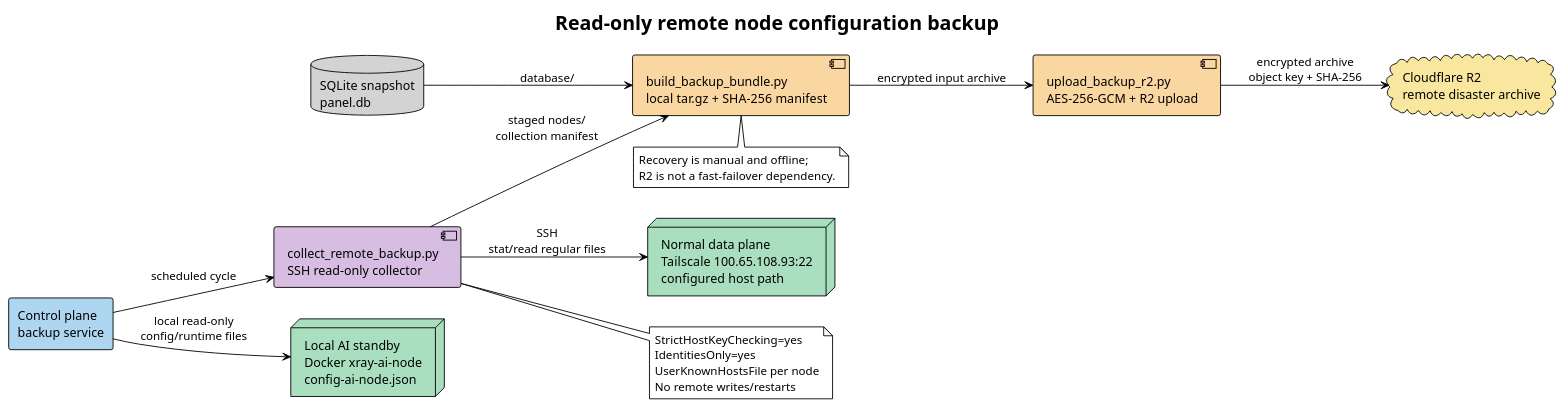
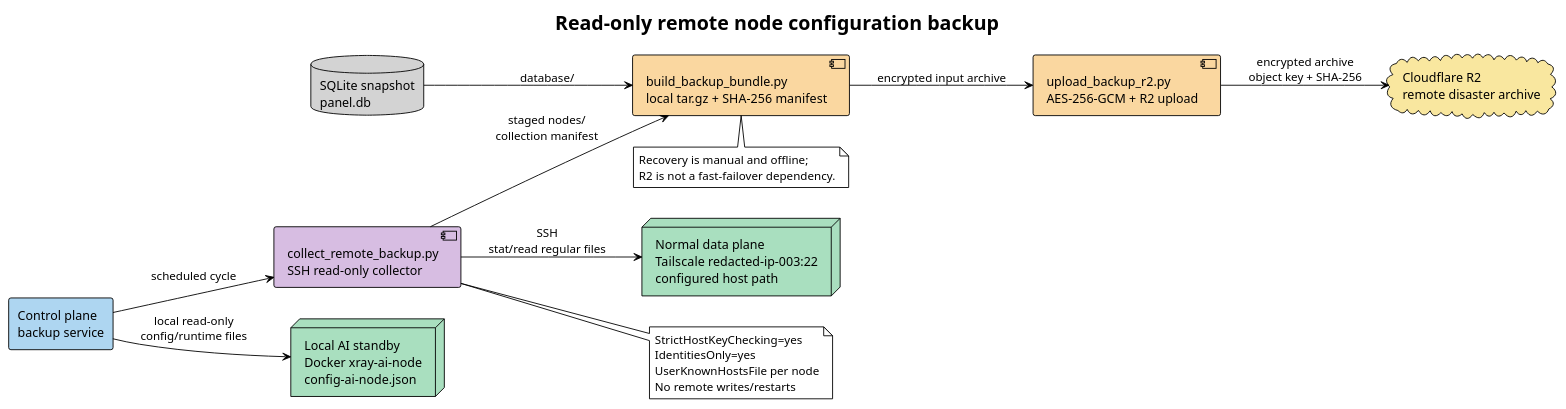
The diagram in docs/diagrams/remote-backup-flow.puml (i-zrhe2016/ai-routing-panel), drawn with PlantUML before and after one commit. The commit also changed 43 other files, not shown here.

```diff
--- a/docs/diagrams/remote-backup-flow.puml
+++ b/docs/diagrams/remote-backup-flow.puml
@@ -1,34 +1,34 @@
 @startuml
 !theme plain
 title Read-only remote node configuration backup
 left to right direction
 
 rectangle "Control plane\nbackup service" as control #AED6F1
 component "collect_remote_backup.py\nSSH read-only collector" as collector #D7BDE2
-node "Normal data plane\nTailscale 100.65.108.93:22\nconfigured host path" as normal #A9DFBF
+node "Normal data plane\nTailscale redacted-ip-003:22\nconfigured host path" as normal #A9DFBF
 node "Local AI standby\nDocker xray-ai-node\nconfig-ai-node.json" as ai #A9DFBF
 component "build_backup_bundle.py\nlocal tar.gz + SHA-256 manifest" as bundle #FAD7A0
 component "upload_backup_r2.py\nAES-256-GCM + R2 upload" as uploader #FAD7A0
 cloud "Cloudflare R2\nremote disaster archive" as r2 #F9E79F
 database "SQLite snapshot\npanel.db" as db #D3D3D3
 
 control --> collector : scheduled cycle
 collector --> normal : SSH\nstat/read regular files
 control --> ai : local read-only\nconfig/runtime files
 collector --> bundle : staged nodes/\ncollection manifest
 db --> bundle : database/
 bundle --> uploader : encrypted input archive
 uploader --> r2 : encrypted archive\nobject key + SHA-256
 
 note right of collector
   StrictHostKeyChecking=yes
   IdentitiesOnly=yes
   UserKnownHostsFile per node
   No remote writes/restarts
 end note
 
 note bottom of bundle
   Recovery is manual and offline;
   R2 is not a fast-failover dependency.
 end note
 @enduml
```
